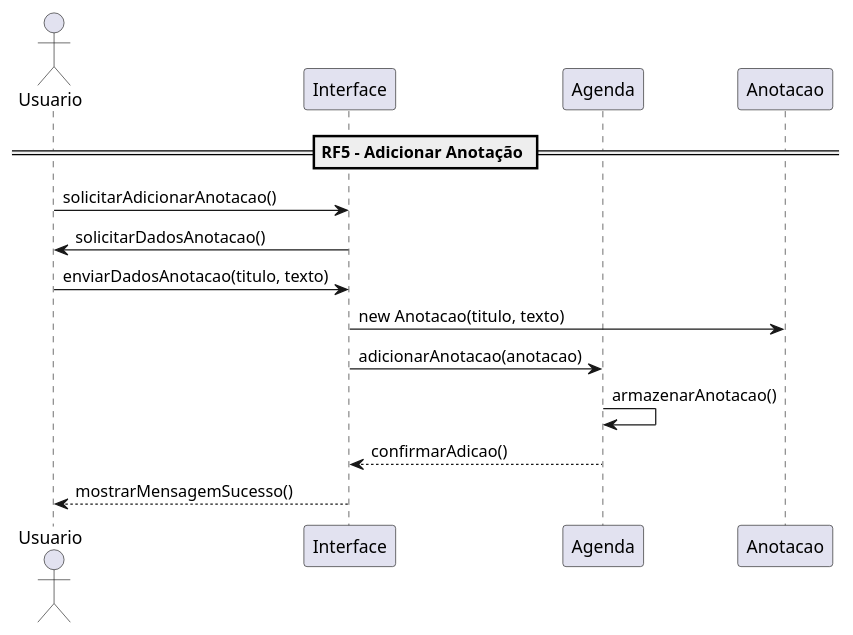
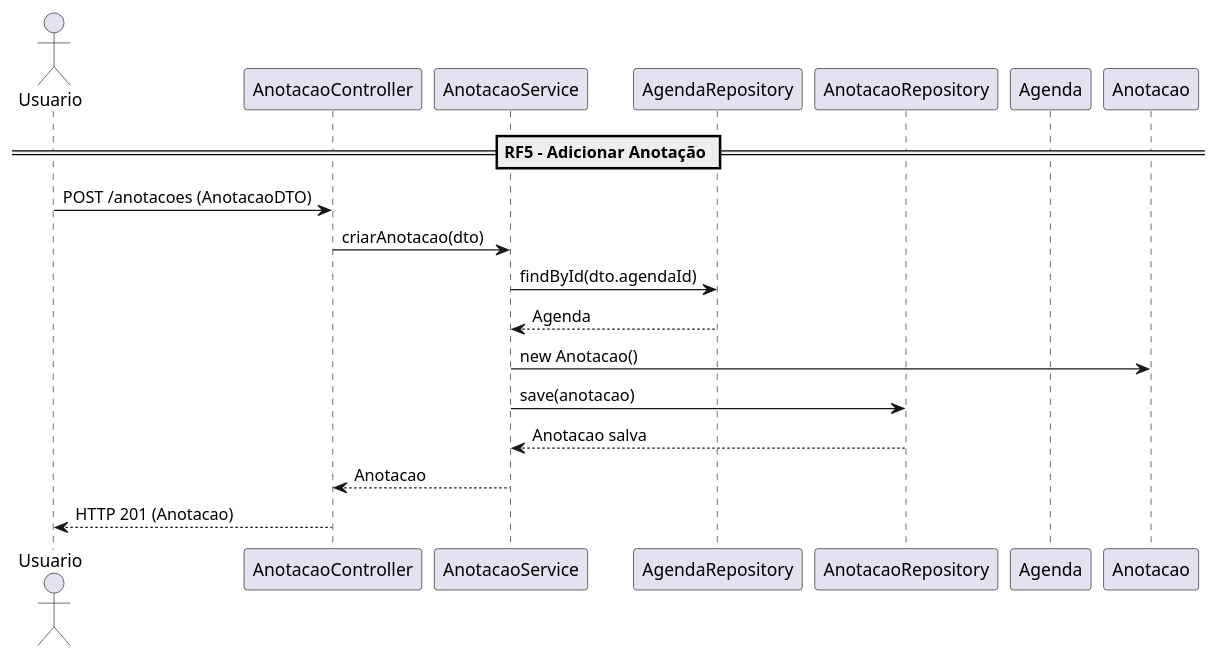
One commit to rafaelontour/agenda_es changed the fifth of 7 diagrams in diagrama.puml. Above: the diagram before and after it, drawn with PlantUML. The commit also changed other lines of this file and 4 other files, not shown here.

```diff
--- a/diagrama.puml
+++ b/diagrama.puml
@@ -75,19 +89,20 @@
 @startuml
-' =======================================================
-' RF5 – Adicionar Anotação
-' =======================================================
 actor Usuario
-participant "Interface" as UI
+participant "AnotacaoController" as AC
+participant "AnotacaoService" as AS
+participant "AgendaRepository" as AR
+participant "AnotacaoRepository" as AnR
 participant "Agenda" as Agenda
 participant "Anotacao" as Anotacao
 
-== RF5 - Adicionar Anotação ==
-Usuario -> UI : solicitarAdicionarAnotacao()
-UI -> Usuario : solicitarDadosAnotacao()
-Usuario -> UI : enviarDadosAnotacao(titulo, texto)
-UI -> Anotacao : new Anotacao(titulo, texto)
-UI -> Agenda : adicionarAnotacao(anotacao)
-Agenda -> Agenda : armazenarAnotacao()
-Agenda --> UI : confirmarAdicao()
-UI --> Usuario : mostrarMensagemSucesso()
+== RF5 – Adicionar Anotação ==
+Usuario -> AC : POST /anotacoes (AnotacaoDTO)
+AC -> AS : criarAnotacao(dto)
+AS -> AR : findById(dto.agendaId)
+AR --> AS : Agenda
+AS -> Anotacao : new Anotacao()
+AS -> AnR : save(anotacao)
+AnR --> AS : Anotacao salva
+AS --> AC : Anotacao
+AC --> Usuario : HTTP 201 (Anotacao)
 @enduml
```
